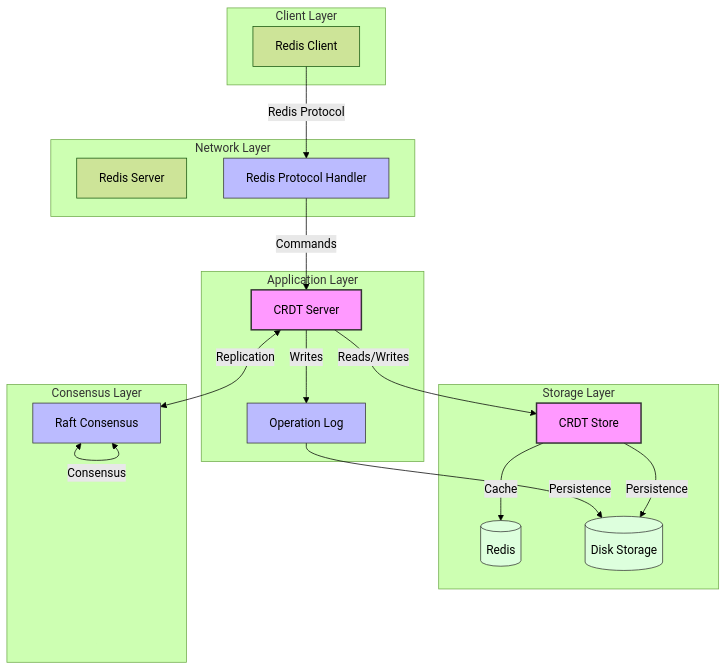
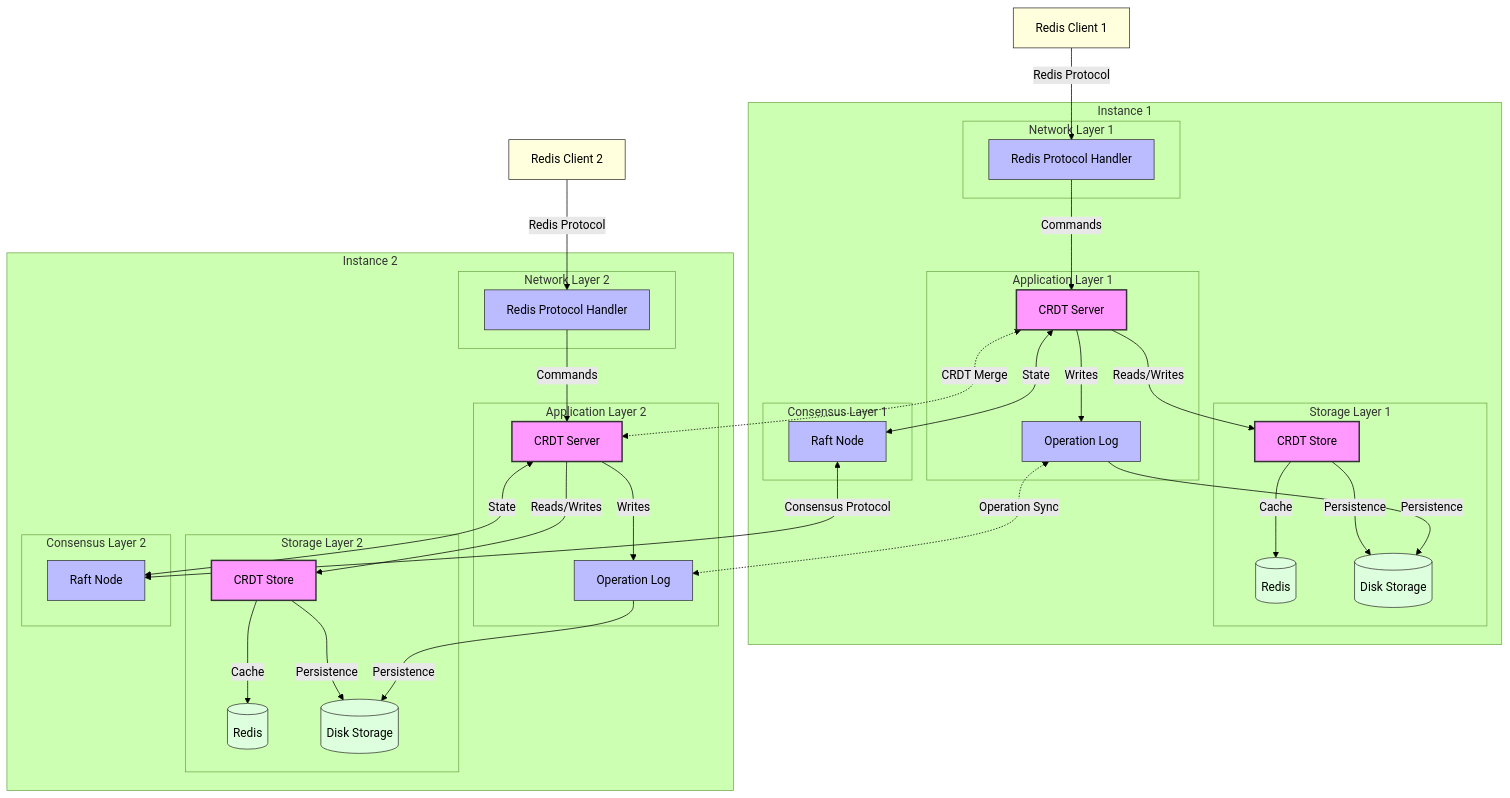
Before and after one commit to luoyjx/crkv: the diagram in architecture.md, drawn with Mermaid (forest theme).

Commit message:
chore: multi instances architecture

````diff
--- a/architecture.md
+++ b/architecture.md
@@ -7,51 +7,88 @@
 ```mermaid
 graph TB
-    subgraph Client Layer
-        Client[Redis Client]
+    %% Define Client nodes
+    Client1[Redis Client 1]
+    Client2[Redis Client 2]
+
+    %% Define Instance 1 components
+    subgraph Instance 1
+        subgraph Network Layer 1
+            RP1[Redis Protocol Handler]
+        end
+
+        subgraph Application Layer 1
+            Server1[CRDT Server]
+            OpLog1[Operation Log]
+        end
+
+        subgraph Storage Layer 1
+            Store1[CRDT Store]
+            Redis1[(Redis)]
+            Disk1[(Disk Storage)]
+        end
+
+        subgraph Consensus Layer 1
+            Raft1[Raft Node]
+        end
     end
 
-    subgraph Network Layer
-        RS[Redis Server]
-        RP[Redis Protocol Handler]
-    end
+    %% Define Instance 2 components
+    subgraph Instance 2
+        subgraph Network Layer 2
+            RP2[Redis Protocol Handler]
+        end
 
-    subgraph Application Layer
-        Server[CRDT Server]
-        OpLog[Operation Log]
-    end
+        subgraph Application Layer 2
+            Server2[CRDT Server]
+            OpLog2[Operation Log]
+        end
 
-    subgraph Storage Layer
-        Store[CRDT Store]
-        Redis[(Redis)]
-        Disk[(Disk Storage)]
-    end
+        subgraph Storage Layer 2
+            Store2[CRDT Store]
+            Redis2[(Redis)]
+            Disk2[(Disk Storage)]
+        end
 
-    subgraph Consensus Layer
-        Raft[Raft Consensus]
+        subgraph Consensus Layer 2
+            Raft2[Raft Node]
+        end
     end
 
     %% Client connections
-    Client -->|Redis Protocol| RP
-    RP -->|Commands| Server
+    Client1 -->|Redis Protocol| RP1
+    Client2 -->|Redis Protocol| RP2
+    
+    %% Instance 1 internal connections
+    RP1 -->|Commands| Server1
+    Server1 -->|Writes| OpLog1
+    Server1 -->|Reads/Writes| Store1
+    Store1 -->|Persistence| Disk1
+    Store1 -->|Cache| Redis1
+    OpLog1 -->|Persistence| Disk1
+    Server1 <-->|State| Raft1
 
-    %% Server interactions
-    Server -->|Writes| OpLog
-    Server -->|Reads/Writes| Store
-    
-    %% Storage interactions
-    Store -->|Persistence| Disk
-    Store -->|Cache| Redis
-    OpLog -->|Persistence| Disk
+    %% Instance 2 internal connections
+    RP2 -->|Commands| Server2
+    Server2 -->|Writes| OpLog2
+    Server2 -->|Reads/Writes| Store2
+    Store2 -->|Persistence| Disk2
+    Store2 -->|Cache| Redis2
+    OpLog2 -->|Persistence| Disk2
+    Server2 <-->|State| Raft2
 
-    %% Consensus
-    Server <-->|Replication| Raft
-    Raft <-->|Consensus| Raft
+    %% Inter-instance connections
+    Raft1 <-->|Consensus Protocol| Raft2
+    OpLog1 <-.->|Operation Sync| OpLog2
+    Server1 <-.->|CRDT Merge| Server2
 
+    %% Styling
     classDef primary fill:#f9f,stroke:#333,stroke-width:2px
     classDef secondary fill:#bbf,stroke:#333,stroke-width:1px
     classDef storage fill:#dfd,stroke:#333,stroke-width:1px
+    classDef client fill:#ffd,stroke:#333,stroke-width:1px
     
-    class Server,Store primary
-    class OpLog,RP,Raft secondary
-    class Redis,Disk storage
+    class Server1,Server2,Store1,Store2 primary
+    class OpLog1,OpLog2,RP1,RP2,Raft1,Raft2 secondary
+    class Redis1,Redis2,Disk1,Disk2 storage
+    class Client1,Client2 client
 ```
````
